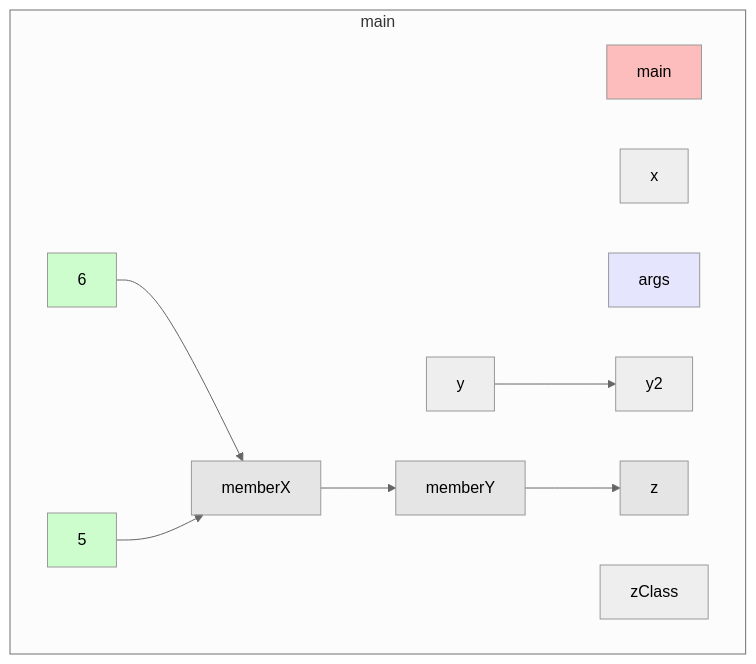
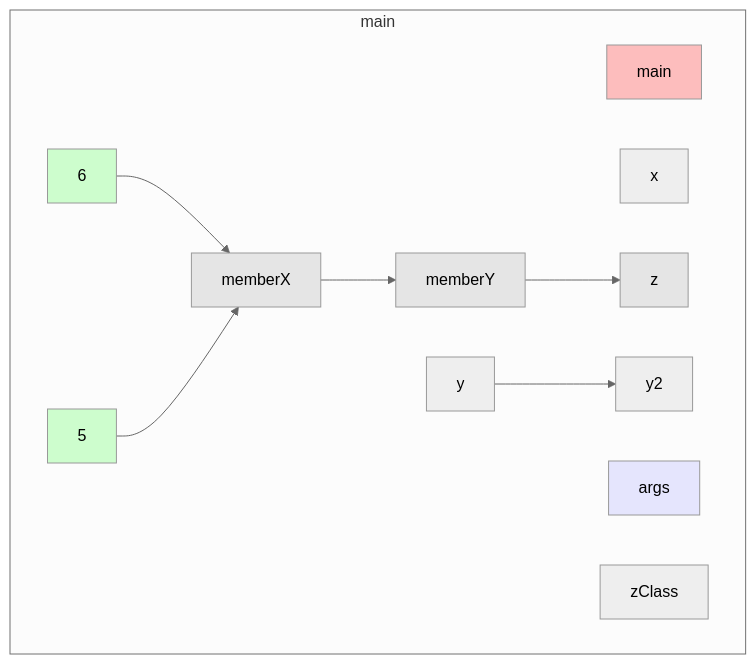
One commit to gstiebler/codeflow changed the diagram in app/src/test/resources/files/truth.md. Above: the diagram before and after it, drawn with Mermaid (neutral theme). The commit also changed 16 other files, not shown here.

````diff
--- a/app/src/test/resources/files/truth.md
+++ b/app/src/test/resources/files/truth.md
@@ -1,27 +1,27 @@
 ```mermaid
 flowchart TD
   subgraph 4309014["main"]
-    -13612202907[zClass]:::OBJ_VARIABLE
-    -1082850264[6]:::LITERAL
-    -1082850195[5]:::LITERAL
-    -1082850032[y]:::OBJ_VARIABLE
-    -1082848831[z]:::VARIABLE
-    -1082786353[y2]:::OBJ_VARIABLE
+    -11739945406[zClass]:::OBJ_VARIABLE
     56853577[main]:::RETURN
-    103683861[x]:::OBJ_VARIABLE
-    154667611[args]:::FUNC_PARAM
+    789346967[x]:::OBJ_VARIABLE
+    789376936[y]:::OBJ_VARIABLE
+    789463220[6]:::LITERAL
+    789490882[5]:::LITERAL
+    789552596[z]:::VARIABLE
+    789587455[y2]:::OBJ_VARIABLE
+    840323043[args]:::FUNC_PARAM
     16130999090[memberX]:::VARIABLE
     16130999090[memberX]:::VARIABLE
     16130999107[memberY]:::VARIABLE
-    -1082850264[6]:::LITERAL --> 16130999090[memberX]:::VARIABLE
-    -1082850195[5]:::LITERAL --> 16130999090[memberX]:::VARIABLE
-    -1082850032[y]:::OBJ_VARIABLE --> -1082786353[y2]:::OBJ_VARIABLE
+    789376936[y]:::OBJ_VARIABLE --> 789587455[y2]:::OBJ_VARIABLE
+    789463220[6]:::LITERAL --> 16130999090[memberX]:::VARIABLE
+    789490882[5]:::LITERAL --> 16130999090[memberX]:::VARIABLE
     16130999090[memberX]:::VARIABLE --> 16130999107[memberY]:::VARIABLE
-    16130999107[memberY]:::VARIABLE --> -1082848831[z]:::VARIABLE
+    16130999107[memberY]:::VARIABLE --> 789552596[z]:::VARIABLE
   end
   classDef LITERAL fill:#00FF0030
   classDef VARIABLE fill:#80808030
   classDef BIN_OP fill:#80808080
   classDef FUNC_PARAM fill:#8080FF30
   classDef RETURN fill:#FF808080
 ```
````
